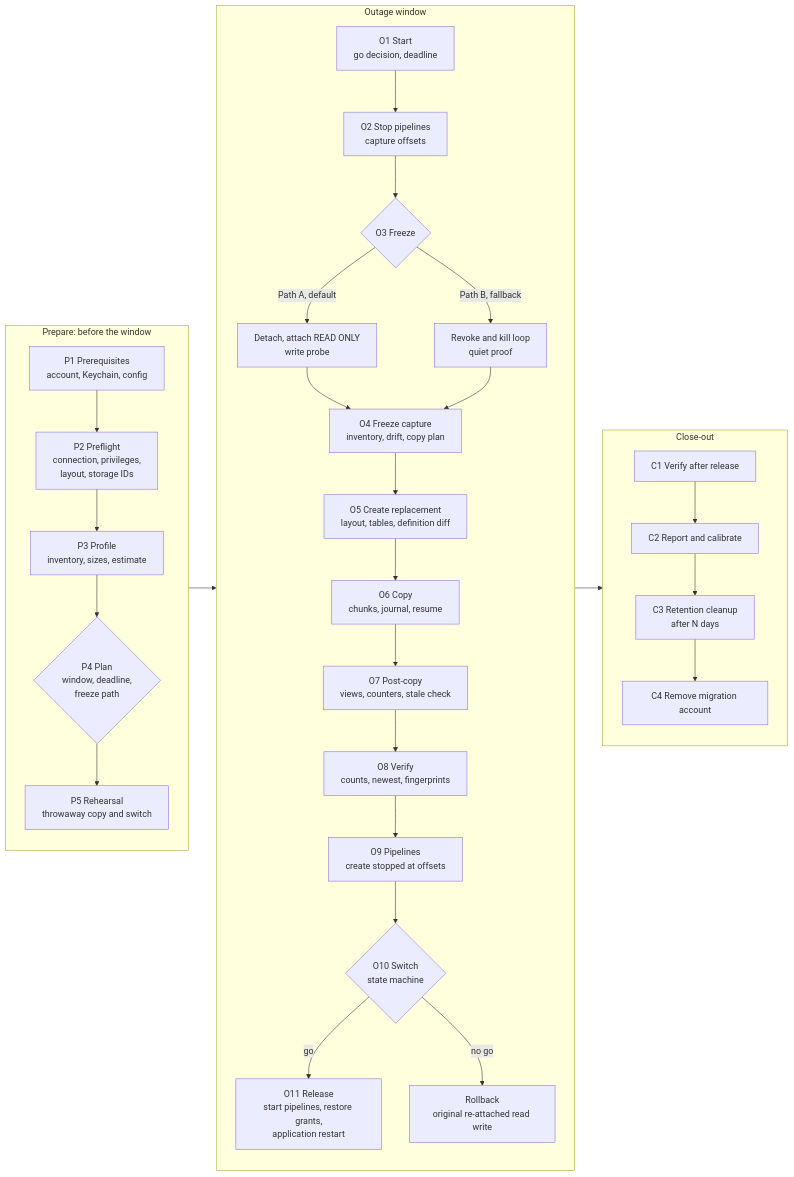
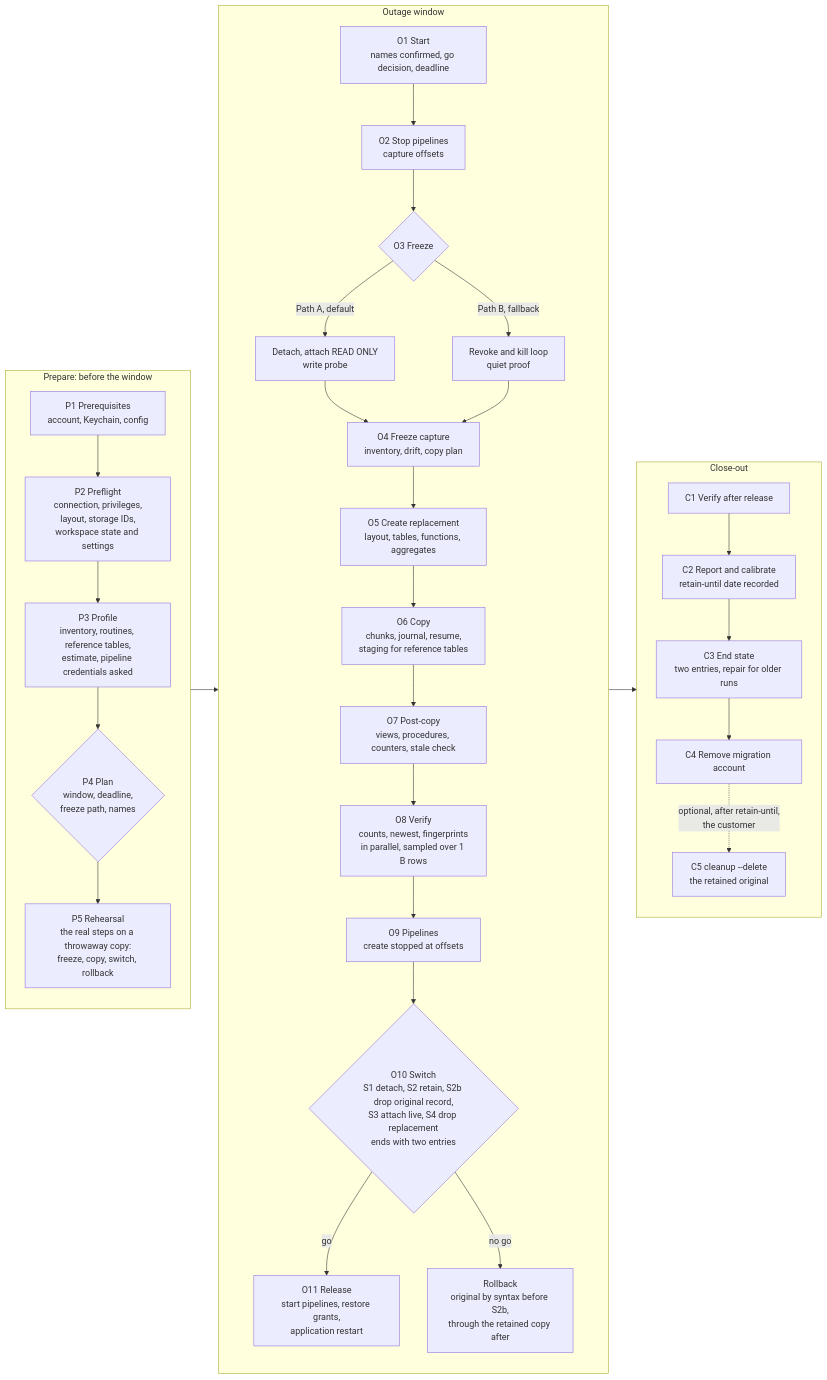
One commit to jmbergamini/singlestore_replicator changed the diagram in docs/flow.mmd. Above: the diagram before and after it, drawn with Mermaid. The commit also changed 11 other files, not shown here.

```diff
--- a/docs/flow.mmd
+++ b/docs/flow.mmd
@@ -1,33 +1,34 @@
 flowchart LR
   subgraph P[Prepare: before the window]
     direction TB
-    P1[P1 Prerequisites<br/>account, Keychain, config] --> P2[P2 Preflight<br/>connection, privileges,<br/>layout, storage IDs]
-    P2 --> P3[P3 Profile<br/>inventory, sizes, estimate]
-    P3 --> P4{P4 Plan<br/>window, deadline,<br/>freeze path}
-    P4 --> P5[P5 Rehearsal<br/>throwaway copy and switch]
+    P1[P1 Prerequisites<br/>account, Keychain, config] --> P2[P2 Preflight<br/>connection, privileges,<br/>layout, storage IDs,<br/>workspace state and settings]
+    P2 --> P3[P3 Profile<br/>inventory, routines, reference tables,<br/>estimate, pipeline credentials asked]
+    P3 --> P4{P4 Plan<br/>window, deadline,<br/>freeze path, names}
+    P4 --> P5[P5 Rehearsal<br/>the real steps on a throwaway copy:<br/>freeze, copy, switch, rollback]
   end
   subgraph O[Outage window]
     direction TB
-    O1[O1 Start<br/>go decision, deadline] --> O2[O2 Stop pipelines<br/>capture offsets]
+    O1[O1 Start<br/>names confirmed, go decision, deadline] --> O2[O2 Stop pipelines<br/>capture offsets]
     O2 --> O3{O3 Freeze}
     O3 -->|Path A, default| O3A[Detach, attach READ ONLY<br/>write probe]
     O3 -->|Path B, fallback| O3B[Revoke and kill loop<br/>quiet proof]
     O3A --> O4[O4 Freeze capture<br/>inventory, drift, copy plan]
     O3B --> O4
-    O4 --> O5[O5 Create replacement<br/>layout, tables, definition diff]
-    O5 --> O6[O6 Copy<br/>chunks, journal, resume]
-    O6 --> O7[O7 Post-copy<br/>views, counters, stale check]
-    O7 --> O8[O8 Verify<br/>counts, newest, fingerprints]
+    O4 --> O5[O5 Create replacement<br/>layout, tables, functions, aggregates]
+    O5 --> O6[O6 Copy<br/>chunks, journal, resume,<br/>staging for reference tables]
+    O6 --> O7[O7 Post-copy<br/>views, procedures, counters, stale check]
+    O7 --> O8[O8 Verify<br/>counts, newest, fingerprints<br/>in parallel, sampled over 1 B rows]
     O8 --> O9[O9 Pipelines<br/>create stopped at offsets]
-    O9 --> O10{O10 Switch<br/>state machine}
+    O9 --> O10{O10 Switch<br/>S1 detach, S2 retain, S2b drop original record,<br/>S3 attach live, S4 drop replacement<br/>ends with two entries}
     O10 -->|go| O11[O11 Release<br/>start pipelines, restore grants,<br/>application restart]
-    O10 -->|no go| RB[Rollback<br/>original re-attached read write]
+    O10 -->|no go| RB[Rollback<br/>original by syntax before S2b,<br/>through the retained copy after]
   end
   subgraph C[Close-out]
     direction TB
-    C1[C1 Verify after release] --> C2[C2 Report and calibrate]
-    C2 --> C3[C3 Retention cleanup<br/>after N days]
+    C1[C1 Verify after release] --> C2[C2 Report and calibrate<br/>retain-until date recorded]
+    C2 --> C3[C3 End state<br/>two entries, repair for older runs]
     C3 --> C4[C4 Remove migration account]
+    C4 -.->|optional, after retain-until,<br/>the customer| C5[C5 cleanup --delete<br/>the retained original]
   end
   P5 --> O1
   O11 --> C1
```
